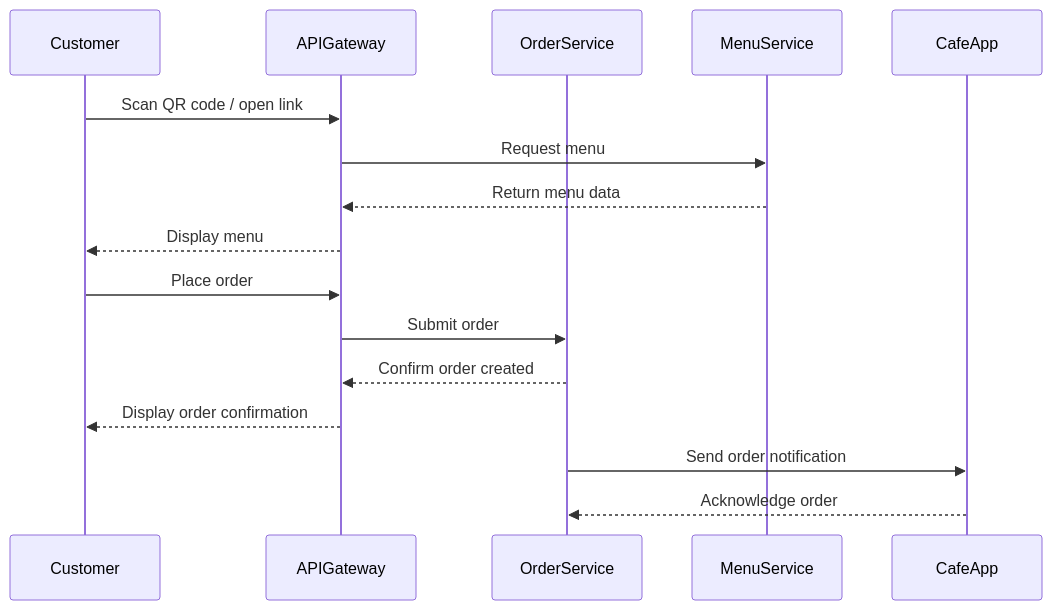
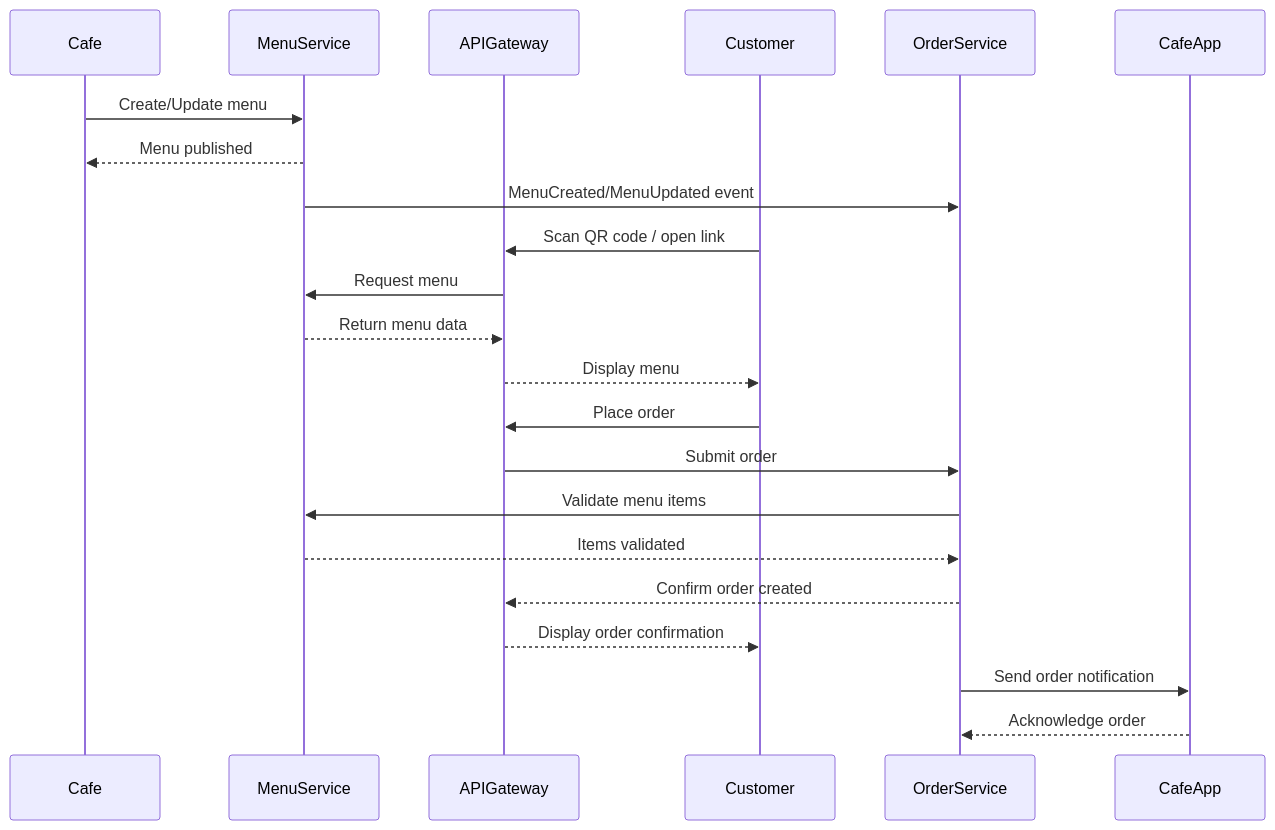
The diagram in 00-overview/mvp.md (petro-konopelko/smartcafe-docs), drawn with Mermaid before and after one commit. The commit also changed other lines of this file and 11 other files, not shown here.

````diff
--- a/00-overview/mvp.md
+++ b/00-overview/mvp.md
@@ -47,21 +51,28 @@
 ```mermaid
 sequenceDiagram
+    participant Cafe
+    participant MenuService
+    participant APIGateway
     participant Customer
-    participant APIGateway
     participant OrderService
-    participant MenuService
     participant CafeApp
+
+    Cafe->>MenuService: Create/Update menu
+    MenuService-->>Cafe: Menu published
+    MenuService->>OrderService: MenuCreated/MenuUpdated event
 
     Customer->>APIGateway: Scan QR code / open link
     APIGateway->>MenuService: Request menu
     MenuService-->>APIGateway: Return menu data
     APIGateway-->>Customer: Display menu
 
     Customer->>APIGateway: Place order
     APIGateway->>OrderService: Submit order
+    OrderService->>MenuService: Validate menu items
+    MenuService-->>OrderService: Items validated
     OrderService-->>APIGateway: Confirm order created
     APIGateway-->>Customer: Display order confirmation
 
     OrderService->>CafeApp: Send order notification
     CafeApp-->>OrderService: Acknowledge order
 ```
````
